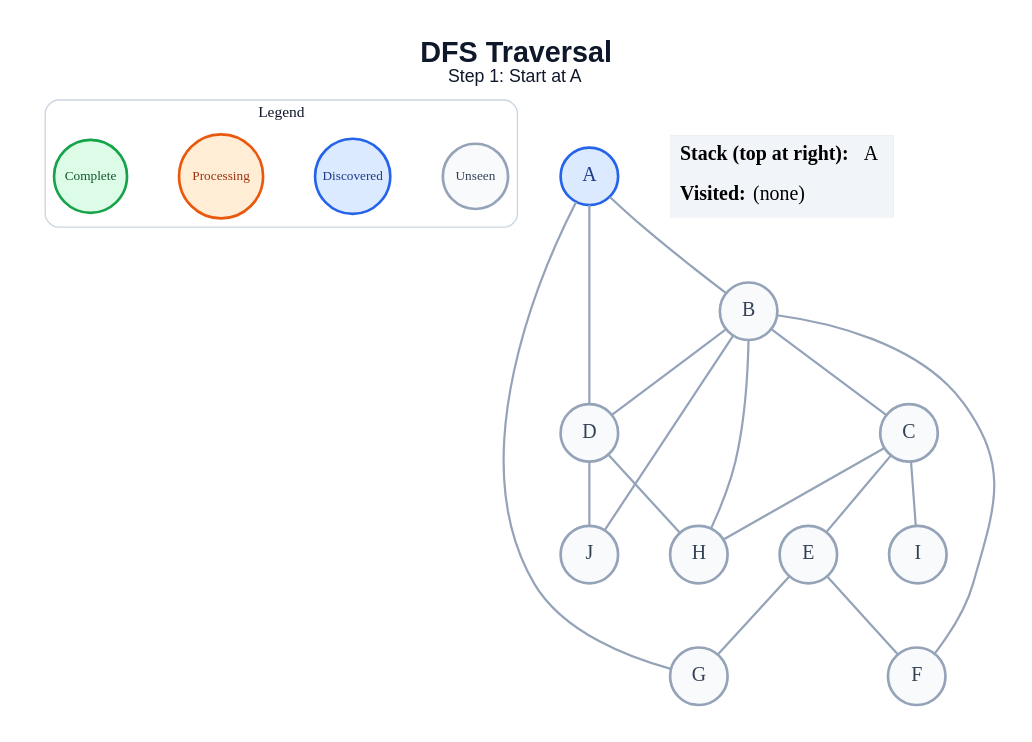
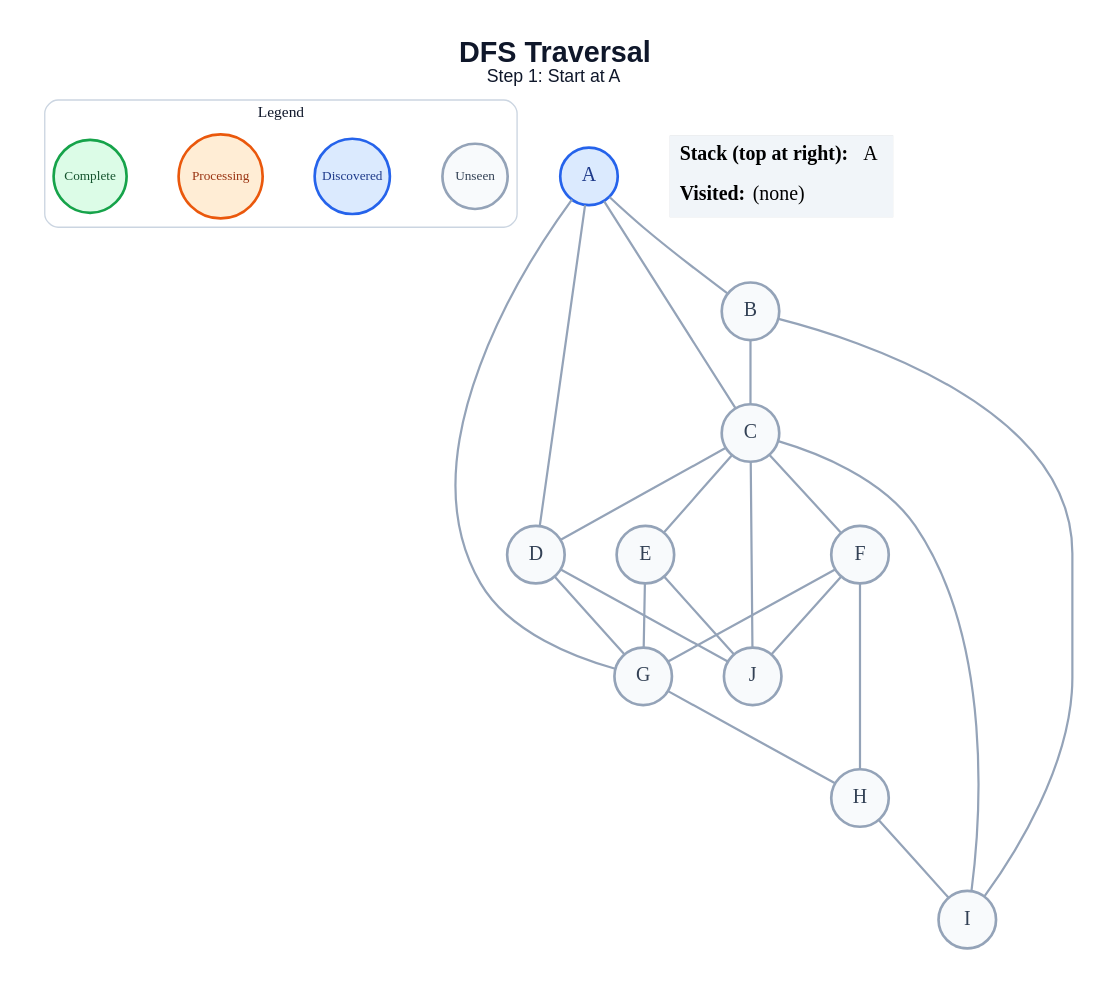
Before and after one commit to amanghodawala9/ai-slop: the diagram in generated/dfs/step_01.dot, drawn with Graphviz. The commit also changed 178 other files, not shown here.

```diff
--- a/generated/dfs/step_01.dot
+++ b/generated/dfs/step_01.dot
@@ -1,44 +1,49 @@
 graph traversal {
   graph [layout=dot, rankdir=TB, bgcolor="#FFFFFF", pad="0.35", nodesep="0.65", ranksep="0.8", fontname="Arial"];
   node [shape=circle, style="filled", fontname="Arial Bold", fontsize=18, width=0.72, fixedsize=true, penwidth=2.4];
   edge [color="#94A3B8", penwidth=2.0];
   label=<<B>DFS Traversal</B><BR/><FONT POINT-SIZE="16">Step 1: Start at A</FONT>>; labelloc="t"; fontsize=26; fontname="Arial"; fontcolor="#0F172A";
   subgraph cluster_legend { label="Legend"; color="#CBD5E1"; penwidth=1.2; style="rounded"; fontsize=14; fontname="Arial Bold";
     key_unseen [label="Unseen", fillcolor="#F8FAFC", color="#94A3B8", fontcolor="#334155", fontsize=12, width=0.82];
     key_frontier [label="Discovered", fillcolor="#DBEAFE", color="#2563EB", fontcolor="#1E3A8A", fontsize=12, width=0.95];
     key_current [label="Processing", fillcolor="#FFEDD5", color="#EA580C", fontcolor="#9A3412", fontsize=12, width=1.05];
     key_done [label="Complete", fillcolor="#DCFCE7", color="#16A34A", fontcolor="#14532D", fontsize=12, width=0.92];
     { rank=same; key_unseen; key_frontier; key_current; key_done; }
   }
   A [fillcolor="#DBEAFE", color="#2563EB", fontcolor="#1E3A8A"];
   B [fillcolor="#F8FAFC", color="#94A3B8", fontcolor="#334155"];
   C [fillcolor="#F8FAFC", color="#94A3B8", fontcolor="#334155"];
   D [fillcolor="#F8FAFC", color="#94A3B8", fontcolor="#334155"];
   E [fillcolor="#F8FAFC", color="#94A3B8", fontcolor="#334155"];
   F [fillcolor="#F8FAFC", color="#94A3B8", fontcolor="#334155"];
   G [fillcolor="#F8FAFC", color="#94A3B8", fontcolor="#334155"];
   H [fillcolor="#F8FAFC", color="#94A3B8", fontcolor="#334155"];
   I [fillcolor="#F8FAFC", color="#94A3B8", fontcolor="#334155"];
   J [fillcolor="#F8FAFC", color="#94A3B8", fontcolor="#334155"];
   A -- B;
+  A -- C;
   A -- D;
   A -- G;
   B -- C;
-  B -- D;
-  B -- F;
-  B -- H;
-  B -- J;
+  B -- I;
+  C -- D;
   C -- E;
-  C -- H;
+  C -- F;
   C -- I;
-  D -- H;
+  C -- J;
+  D -- G;
   D -- J;
-  E -- F;
   E -- G;
+  E -- J;
+  F -- G;
+  F -- H;
+  F -- J;
+  G -- H;
+  H -- I;
   status [shape=plain, fixedsize=false, width=0, height=0, margin=0, label=<
     <TABLE BORDER="0" CELLBORDER="0" CELLPADDING="7" BGCOLOR="#F1F5F9">
       <TR><TD ALIGN="LEFT"><B>Stack (top at right):</B> A</TD></TR>
       <TR><TD ALIGN="LEFT"><B>Visited:</B> (none)</TD></TR>
     </TABLE>
   >];
 }
```
